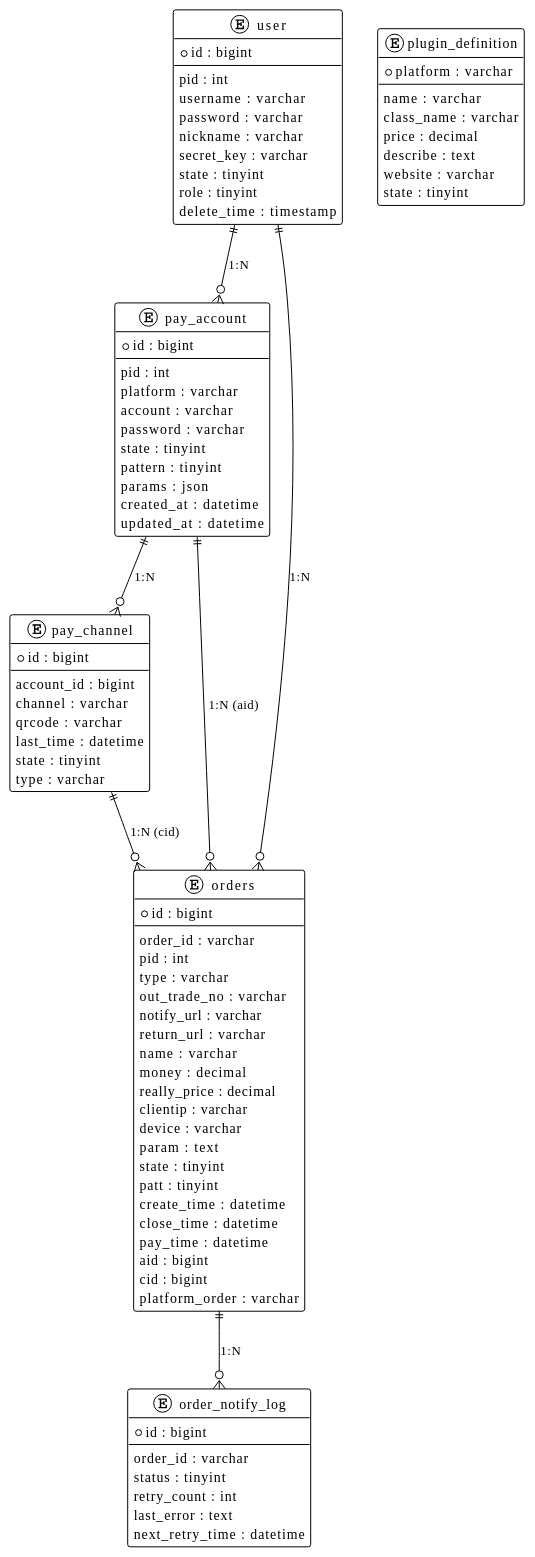
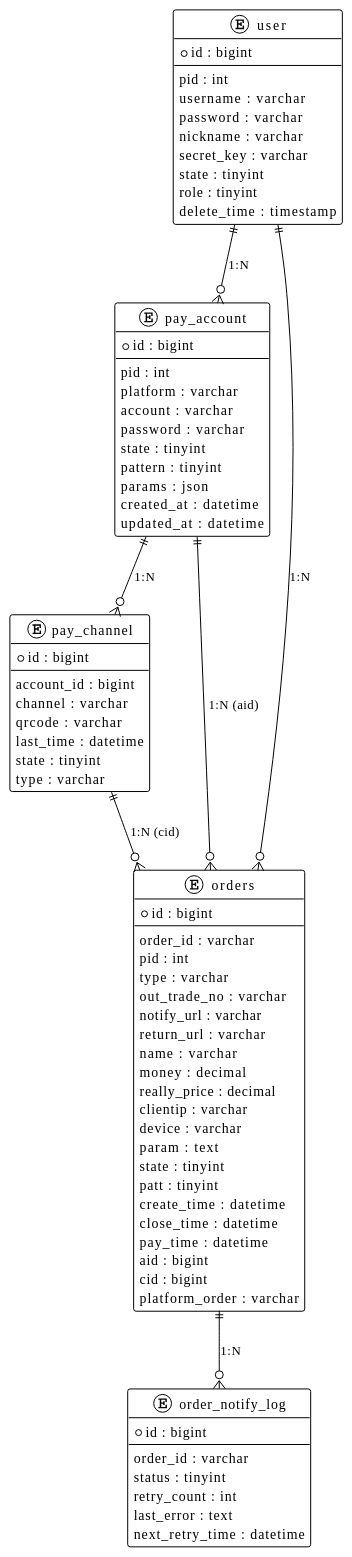
Before and after one commit to nonfou/easy-pay: the diagram in docs/project-design.md, drawn with PlantUML. The commit also changed other lines of this file and 16 other files, not shown here.

```diff
--- a/docs/project-design.md
+++ b/docs/project-design.md
@@ -731,17 +695,6 @@
   next_retry_time : datetime
 }
 
-entity "plugin_definition" as plugin {
-  *platform : varchar
-  --
-  name : varchar
-  class_name : varchar
-  price : decimal
-  describe : text
-  website : varchar
-  state : tinyint
-}
-
 user ||--o{ pay_account : "1:N"
 pay_account ||--o{ pay_channel : "1:N"
 user ||--o{ orders : "1:N"
```
